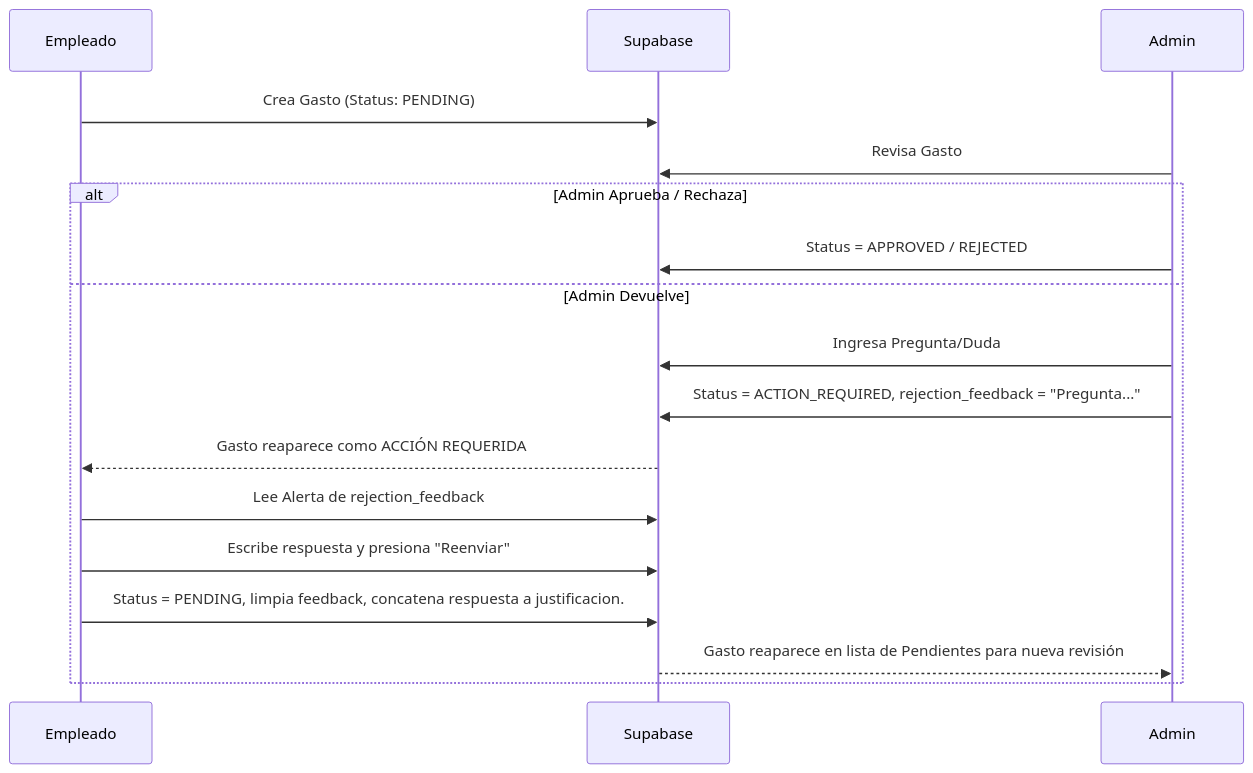
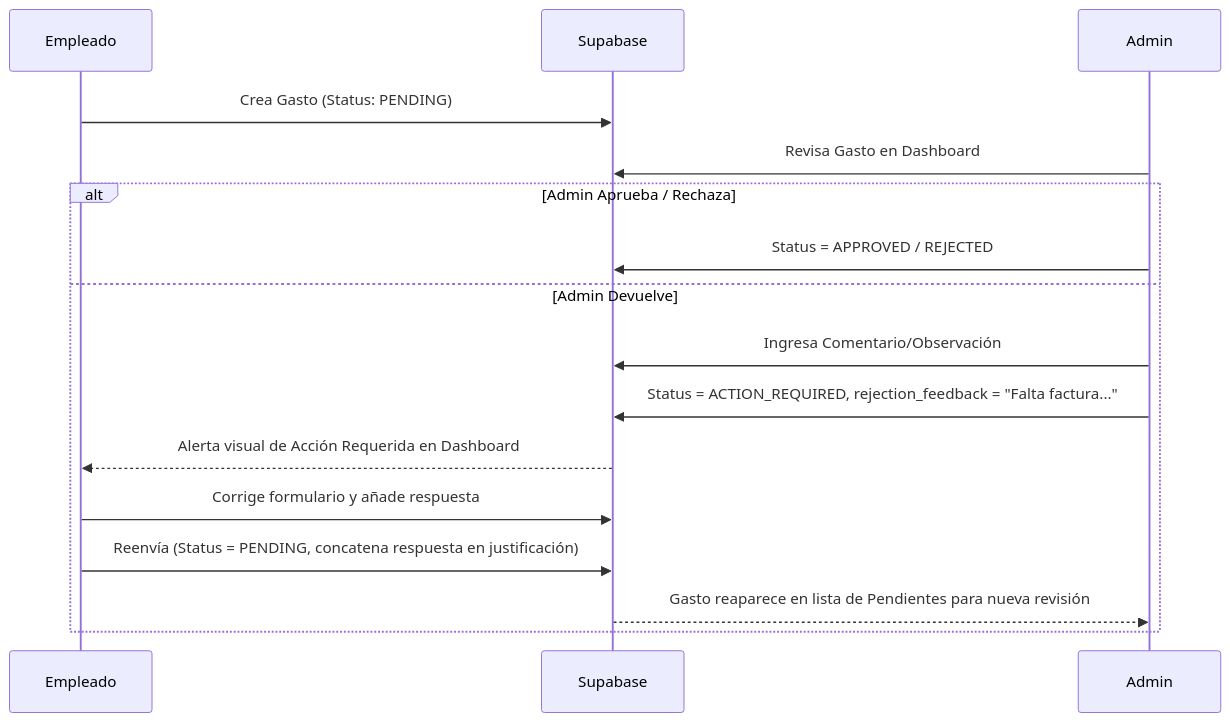
Before and after one commit to alexisef23/ControlDeGastos-Expo: the diagram in DOCUMENTACION_TECNICA.md, drawn with Mermaid. The commit also changed other lines of this file and 29 other files, not shown here.

````diff
--- a/DOCUMENTACION_TECNICA.md
+++ b/DOCUMENTACION_TECNICA.md
@@ -73,20 +84,19 @@
 ```mermaid
 sequenceDiagram
     participant Empleado
     participant Supabase
     participant Admin
 
     Empleado->>Supabase: Crea Gasto (Status: PENDING)
-    Admin->>Supabase: Revisa Gasto
+    Admin->>Supabase: Revisa Gasto en Dashboard
     alt Admin Aprueba / Rechaza
         Admin->>Supabase: Status = APPROVED / REJECTED
     else Admin Devuelve
-        Admin->>Supabase: Ingresa Pregunta/Duda
-        Admin->>Supabase: Status = ACTION_REQUIRED, rejection_feedback = "Pregunta..."
-        Supabase-->>Empleado: Gasto reaparece como ACCIÓN REQUERIDA
-        Empleado->>Supabase: Lee Alerta de rejection_feedback
-        Empleado->>Supabase: Escribe respuesta y presiona "Reenviar"
-        Empleado->>Supabase: Status = PENDING, limpia feedback, concatena respuesta a justificacion.
+        Admin->>Supabase: Ingresa Comentario/Observación
+        Admin->>Supabase: Status = ACTION_REQUIRED, rejection_feedback = "Falta factura..."
+        Supabase-->>Empleado: Alerta visual de Acción Requerida en Dashboard
+        Empleado->>Supabase: Corrige formulario y añade respuesta
+        Empleado->>Supabase: Reenvía (Status = PENDING, concatena respuesta en justificación)
         Supabase-->>Admin: Gasto reaparece en lista de Pendientes para nueva revisión
     end
 ```
````
